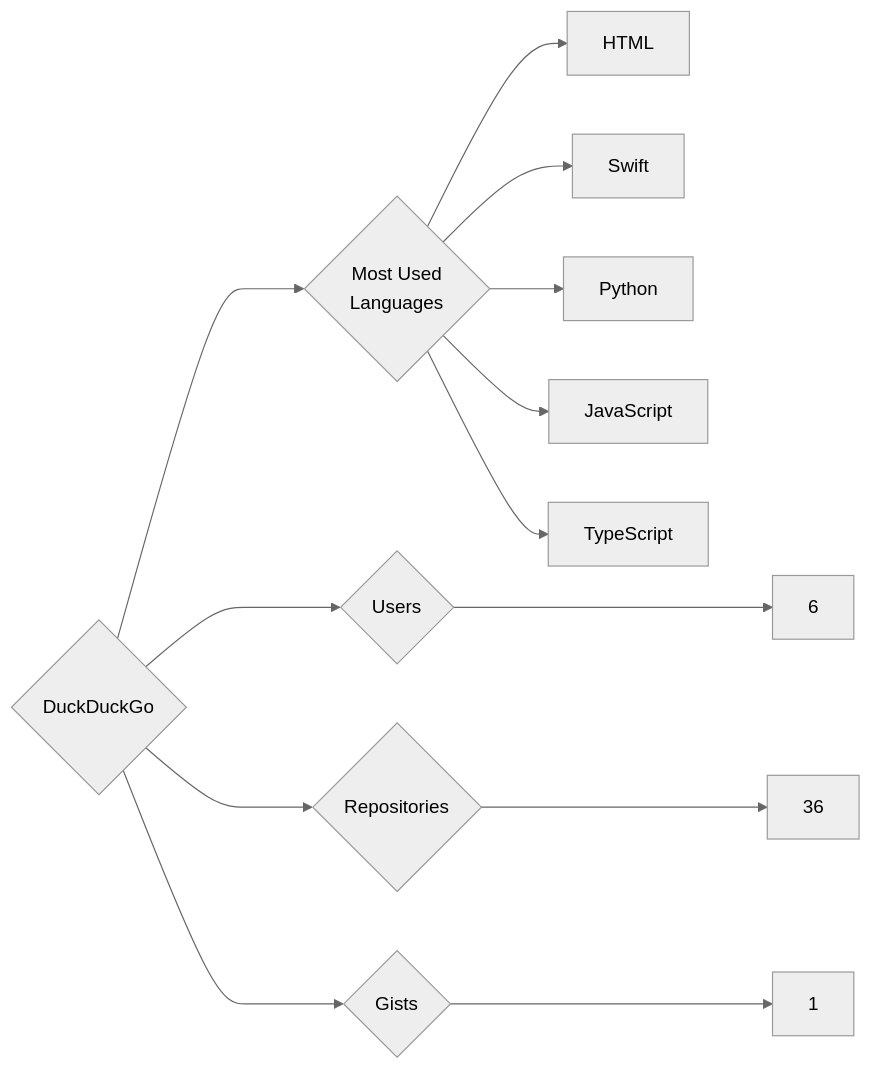
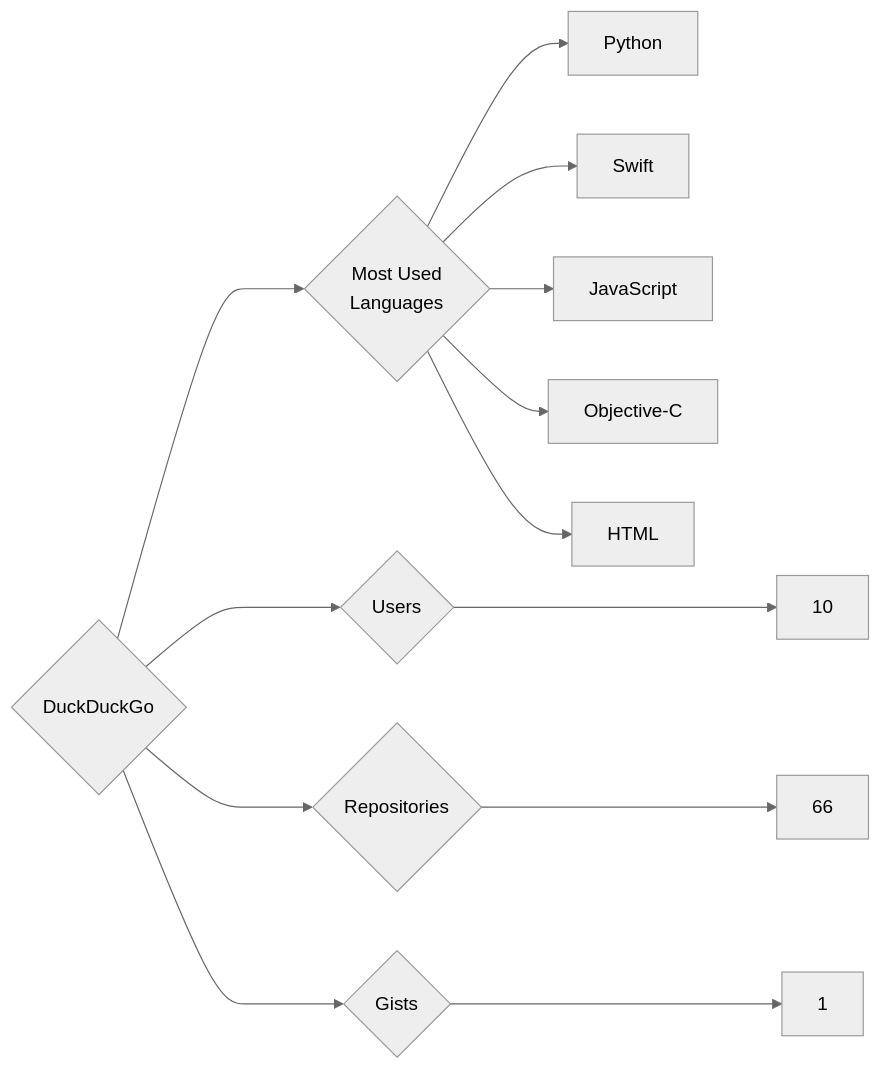
One commit to trickest/insiders changed the diagram in targets/DuckDuckGo/README.md. Above: the diagram before and after it, drawn with Mermaid (neutral theme). The commit also changed 1141 other files, not shown here.

````diff
--- a/targets/DuckDuckGo/README.md
+++ b/targets/DuckDuckGo/README.md
@@ -3,13 +3,13 @@
 ```mermaid
 graph LR
 COMPANY_NAME{DuckDuckGo}
-COMPANY_NAME ---> U{Users} ---> UN[6]
-COMPANY_NAME ---> R{Repositories} ---> RN[36]
+COMPANY_NAME ---> U{Users} ---> UN[10]
+COMPANY_NAME ---> R{Repositories} ---> RN[66]
 COMPANY_NAME ---> G{Gists} ---> GN[1]
 COMPANY_NAME ---> ML{Most Used<br>Languages}
+ML --> Python[Python]
+ML --> Swift[Swift]
+ML --> JavaScript[JavaScript]
+ML --> Objective-C[Objective-C]
 ML --> HTML[HTML]
-ML --> Swift[Swift]
-ML --> Python[Python]
-ML --> JavaScript[JavaScript]
-ML --> TypeScript[TypeScript]
 ```
````
